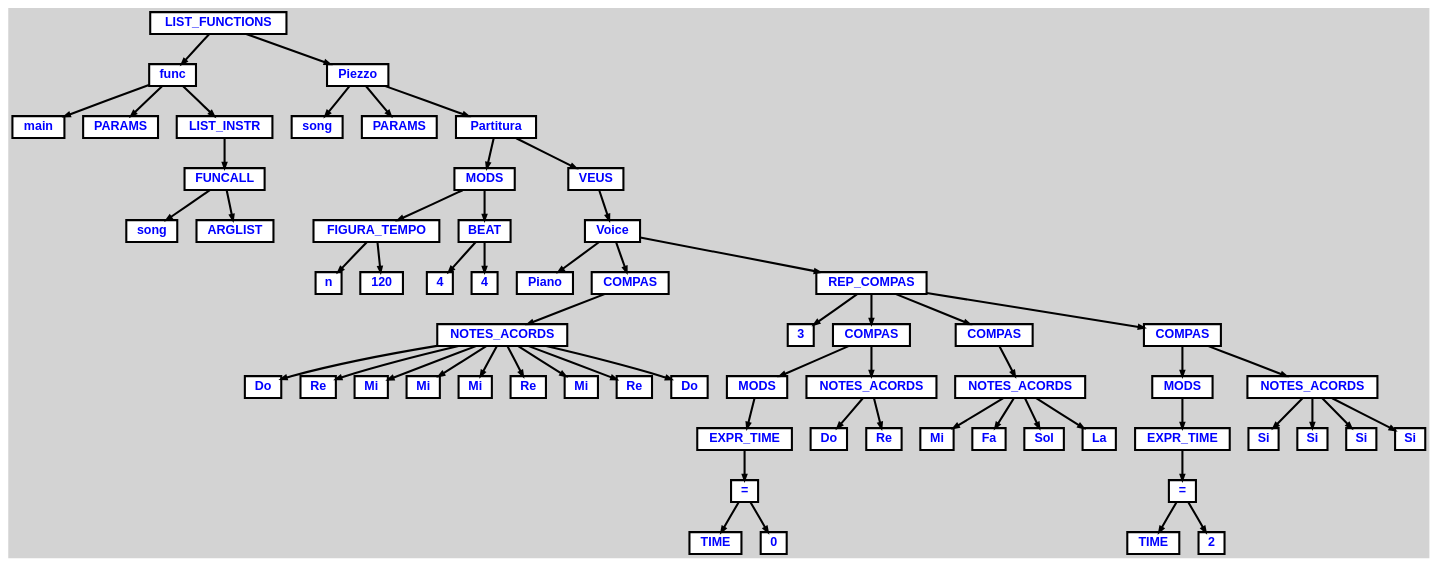
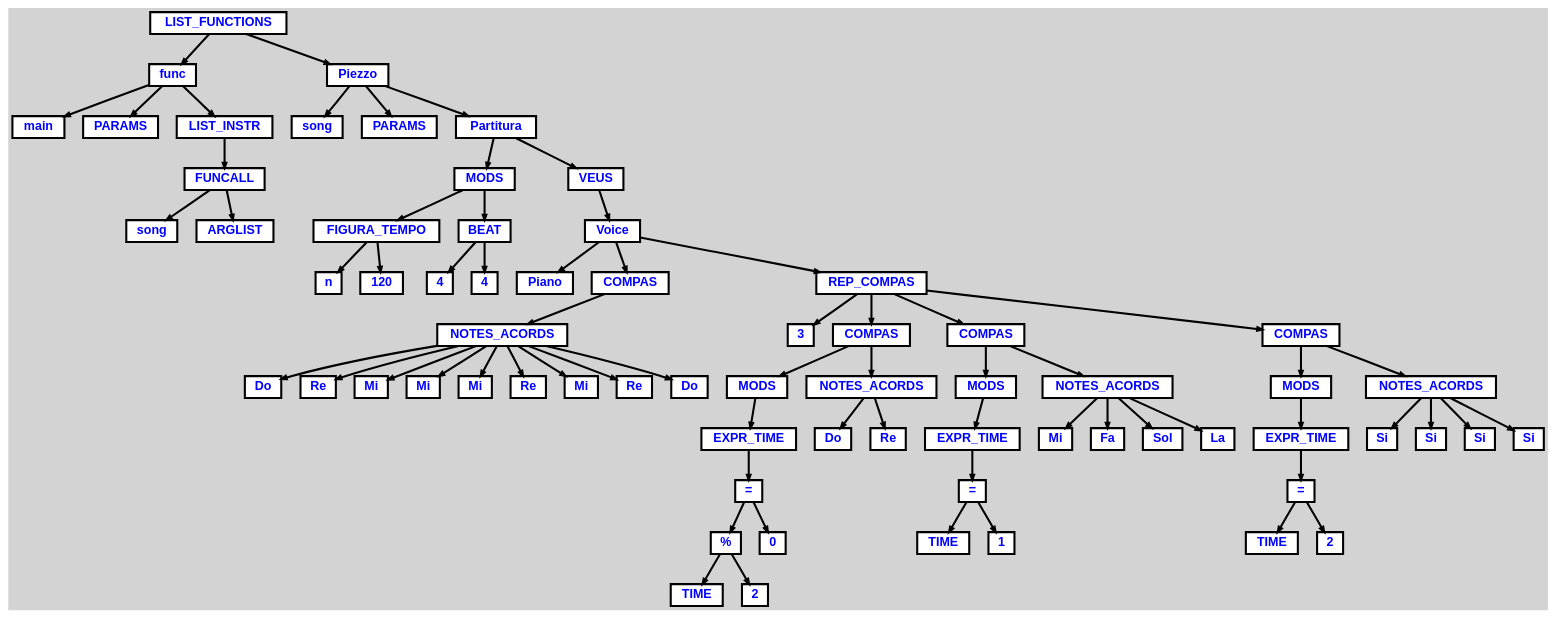
The diagram in inputs/input5.dot (marcbenedi/MusicLanguage), drawn with Graphviz before and after one commit. The commit also changed 10 other files, not shown here.

```diff
--- a/inputs/input5.dot
+++ b/inputs/input5.dot
@@ -1,157 +1,175 @@
 digraph {
 
 	ordering=out;
 	ranksep=.4;
 	bgcolor="lightgrey"; node [shape=box, fixedsize=false, fontsize=12, fontname="Helvetica-bold", fontcolor="blue"
 		width=.25, height=.25, color="black", fillcolor="white", style="filled, solid, bold"];
 	edge [arrowsize=.5, color="black", style="bold"]
 
   n0 [label="LIST_FUNCTIONS"];
   n1 [label="func"];
   n1 [label="func"];
   n2 [label="main"];
   n3 [label="PARAMS"];
   n4 [label="LIST_INSTR"];
   n4 [label="LIST_INSTR"];
   n5 [label="FUNCALL"];
   n5 [label="FUNCALL"];
   n6 [label="song"];
   n7 [label="ARGLIST"];
   n8 [label="Piezzo"];
   n8 [label="Piezzo"];
   n9 [label="song"];
   n10 [label="PARAMS"];
   n11 [label="Partitura"];
   n11 [label="Partitura"];
   n12 [label="MODS"];
   n12 [label="MODS"];
   n13 [label="FIGURA_TEMPO"];
   n13 [label="FIGURA_TEMPO"];
   n14 [label="n"];
   n15 [label="120"];
   n16 [label="BEAT"];
   n16 [label="BEAT"];
   n17 [label="4"];
   n18 [label="4"];
   n19 [label="VEUS"];
   n19 [label="VEUS"];
   n20 [label="Voice"];
   n20 [label="Voice"];
   n21 [label="Piano"];
   n22 [label="COMPAS"];
   n22 [label="COMPAS"];
   n23 [label="NOTES_ACORDS"];
   n23 [label="NOTES_ACORDS"];
   n24 [label="Do"];
   n25 [label="Re"];
   n26 [label="Mi"];
   n27 [label="Mi"];
   n28 [label="Mi"];
   n29 [label="Re"];
   n30 [label="Mi"];
   n31 [label="Re"];
   n32 [label="Do"];
   n33 [label="REP_COMPAS"];
   n33 [label="REP_COMPAS"];
   n34 [label="3"];
   n35 [label="COMPAS"];
   n35 [label="COMPAS"];
   n36 [label="MODS"];
   n36 [label="MODS"];
   n37 [label="EXPR_TIME"];
   n37 [label="EXPR_TIME"];
   n38 [label="="];
   n38 [label="="];
-  n39 [label="TIME"];
-  n40 [label="0"];
-  n41 [label="NOTES_ACORDS"];
-  n41 [label="NOTES_ACORDS"];
-  n42 [label="Do"];
-  n43 [label="Re"];
-  n44 [label="COMPAS"];
-  n44 [label="COMPAS"];
-  n45 [label="NOTES_ACORDS"];
-  n45 [label="NOTES_ACORDS"];
-  n46 [label="Mi"];
-  n47 [label="Fa"];
-  n48 [label="Sol"];
-  n49 [label="La"];
-  n50 [label="COMPAS"];
-  n50 [label="COMPAS"];
-  n51 [label="MODS"];
-  n51 [label="MODS"];
-  n52 [label="EXPR_TIME"];
-  n52 [label="EXPR_TIME"];
-  n53 [label="="];
-  n53 [label="="];
-  n54 [label="TIME"];
-  n55 [label="2"];
-  n56 [label="NOTES_ACORDS"];
-  n56 [label="NOTES_ACORDS"];
-  n57 [label="Si"];
-  n58 [label="Si"];
-  n59 [label="Si"];
-  n60 [label="Si"];
+  n39 [label="%"];
+  n39 [label="%"];
+  n40 [label="TIME"];
+  n41 [label="2"];
+  n42 [label="0"];
+  n43 [label="NOTES_ACORDS"];
+  n43 [label="NOTES_ACORDS"];
+  n44 [label="Do"];
+  n45 [label="Re"];
+  n46 [label="COMPAS"];
+  n46 [label="COMPAS"];
+  n47 [label="MODS"];
+  n47 [label="MODS"];
+  n48 [label="EXPR_TIME"];
+  n48 [label="EXPR_TIME"];
+  n49 [label="="];
+  n49 [label="="];
+  n50 [label="TIME"];
+  n51 [label="1"];
+  n52 [label="NOTES_ACORDS"];
+  n52 [label="NOTES_ACORDS"];
+  n53 [label="Mi"];
+  n54 [label="Fa"];
+  n55 [label="Sol"];
+  n56 [label="La"];
+  n57 [label="COMPAS"];
+  n57 [label="COMPAS"];
+  n58 [label="MODS"];
+  n58 [label="MODS"];
+  n59 [label="EXPR_TIME"];
+  n59 [label="EXPR_TIME"];
+  n60 [label="="];
+  n60 [label="="];
+  n61 [label="TIME"];
+  n62 [label="2"];
+  n63 [label="NOTES_ACORDS"];
+  n63 [label="NOTES_ACORDS"];
+  n64 [label="Si"];
+  n65 [label="Si"];
+  n66 [label="Si"];
+  n67 [label="Si"];
 
   n0 -> n1 // "LIST_FUNCTIONS" -> "func"
   n1 -> n2 // "func" -> "main"
   n1 -> n3 // "func" -> "PARAMS"
   n1 -> n4 // "func" -> "LIST_INSTR"
   n4 -> n5 // "LIST_INSTR" -> "FUNCALL"
   n5 -> n6 // "FUNCALL" -> "song"
   n5 -> n7 // "FUNCALL" -> "ARGLIST"
   n0 -> n8 // "LIST_FUNCTIONS" -> "Piezzo"
   n8 -> n9 // "Piezzo" -> "song"
   n8 -> n10 // "Piezzo" -> "PARAMS"
   n8 -> n11 // "Piezzo" -> "Partitura"
   n11 -> n12 // "Partitura" -> "MODS"
   n12 -> n13 // "MODS" -> "FIGURA_TEMPO"
   n13 -> n14 // "FIGURA_TEMPO" -> "n"
   n13 -> n15 // "FIGURA_TEMPO" -> "120"
   n12 -> n16 // "MODS" -> "BEAT"
   n16 -> n17 // "BEAT" -> "4"
   n16 -> n18 // "BEAT" -> "4"
   n11 -> n19 // "Partitura" -> "VEUS"
   n19 -> n20 // "VEUS" -> "Voice"
   n20 -> n21 // "Voice" -> "Piano"
   n20 -> n22 // "Voice" -> "COMPAS"
   n22 -> n23 // "COMPAS" -> "NOTES_ACORDS"
   n23 -> n24 // "NOTES_ACORDS" -> "Do"
   n23 -> n25 // "NOTES_ACORDS" -> "Re"
   n23 -> n26 // "NOTES_ACORDS" -> "Mi"
   n23 -> n27 // "NOTES_ACORDS" -> "Mi"
   n23 -> n28 // "NOTES_ACORDS" -> "Mi"
   n23 -> n29 // "NOTES_ACORDS" -> "Re"
   n23 -> n30 // "NOTES_ACORDS" -> "Mi"
   n23 -> n31 // "NOTES_ACORDS" -> "Re"
   n23 -> n32 // "NOTES_ACORDS" -> "Do"
   n20 -> n33 // "Voice" -> "REP_COMPAS"
   n33 -> n34 // "REP_COMPAS" -> "3"
   n33 -> n35 // "REP_COMPAS" -> "COMPAS"
   n35 -> n36 // "COMPAS" -> "MODS"
   n36 -> n37 // "MODS" -> "EXPR_TIME"
   n37 -> n38 // "EXPR_TIME" -> "="
-  n38 -> n39 // "=" -> "TIME"
-  n38 -> n40 // "=" -> "0"
-  n35 -> n41 // "COMPAS" -> "NOTES_ACORDS"
-  n41 -> n42 // "NOTES_ACORDS" -> "Do"
-  n41 -> n43 // "NOTES_ACORDS" -> "Re"
-  n33 -> n44 // "REP_COMPAS" -> "COMPAS"
-  n44 -> n45 // "COMPAS" -> "NOTES_ACORDS"
-  n45 -> n46 // "NOTES_ACORDS" -> "Mi"
-  n45 -> n47 // "NOTES_ACORDS" -> "Fa"
-  n45 -> n48 // "NOTES_ACORDS" -> "Sol"
-  n45 -> n49 // "NOTES_ACORDS" -> "La"
-  n33 -> n50 // "REP_COMPAS" -> "COMPAS"
-  n50 -> n51 // "COMPAS" -> "MODS"
-  n51 -> n52 // "MODS" -> "EXPR_TIME"
-  n52 -> n53 // "EXPR_TIME" -> "="
-  n53 -> n54 // "=" -> "TIME"
-  n53 -> n55 // "=" -> "2"
-  n50 -> n56 // "COMPAS" -> "NOTES_ACORDS"
-  n56 -> n57 // "NOTES_ACORDS" -> "Si"
-  n56 -> n58 // "NOTES_ACORDS" -> "Si"
-  n56 -> n59 // "NOTES_ACORDS" -> "Si"
-  n56 -> n60 // "NOTES_ACORDS" -> "Si"
+  n38 -> n39 // "=" -> "%"
+  n39 -> n40 // "%" -> "TIME"
+  n39 -> n41 // "%" -> "2"
+  n38 -> n42 // "=" -> "0"
+  n35 -> n43 // "COMPAS" -> "NOTES_ACORDS"
+  n43 -> n44 // "NOTES_ACORDS" -> "Do"
+  n43 -> n45 // "NOTES_ACORDS" -> "Re"
+  n33 -> n46 // "REP_COMPAS" -> "COMPAS"
+  n46 -> n47 // "COMPAS" -> "MODS"
+  n47 -> n48 // "MODS" -> "EXPR_TIME"
+  n48 -> n49 // "EXPR_TIME" -> "="
+  n49 -> n50 // "=" -> "TIME"
+  n49 -> n51 // "=" -> "1"
+  n46 -> n52 // "COMPAS" -> "NOTES_ACORDS"
+  n52 -> n53 // "NOTES_ACORDS" -> "Mi"
+  n52 -> n54 // "NOTES_ACORDS" -> "Fa"
+  n52 -> n55 // "NOTES_ACORDS" -> "Sol"
+  n52 -> n56 // "NOTES_ACORDS" -> "La"
+  n33 -> n57 // "REP_COMPAS" -> "COMPAS"
+  n57 -> n58 // "COMPAS" -> "MODS"
+  n58 -> n59 // "MODS" -> "EXPR_TIME"
+  n59 -> n60 // "EXPR_TIME" -> "="
+  n60 -> n61 // "=" -> "TIME"
+  n60 -> n62 // "=" -> "2"
+  n57 -> n63 // "COMPAS" -> "NOTES_ACORDS"
+  n63 -> n64 // "NOTES_ACORDS" -> "Si"
+  n63 -> n65 // "NOTES_ACORDS" -> "Si"
+  n63 -> n66 // "NOTES_ACORDS" -> "Si"
+  n63 -> n67 // "NOTES_ACORDS" -> "Si"
 
 }
```
